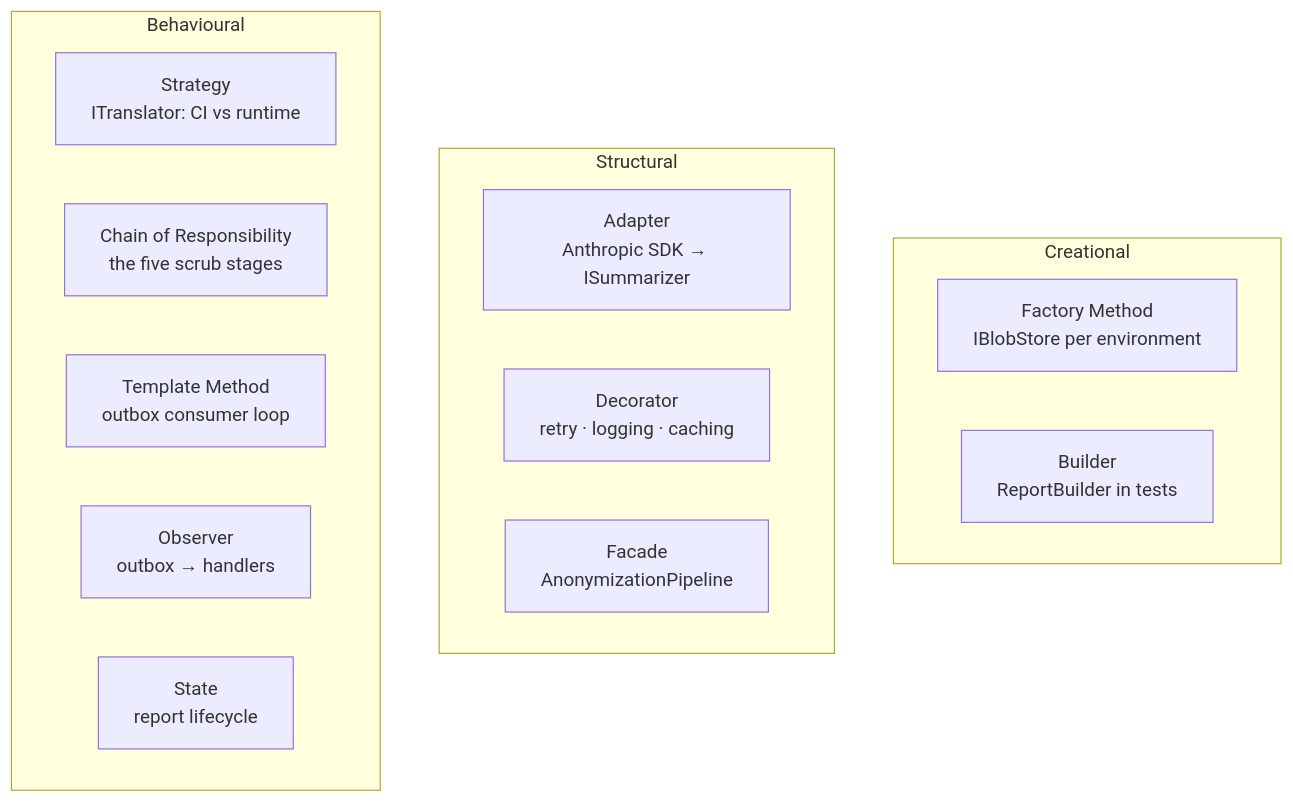
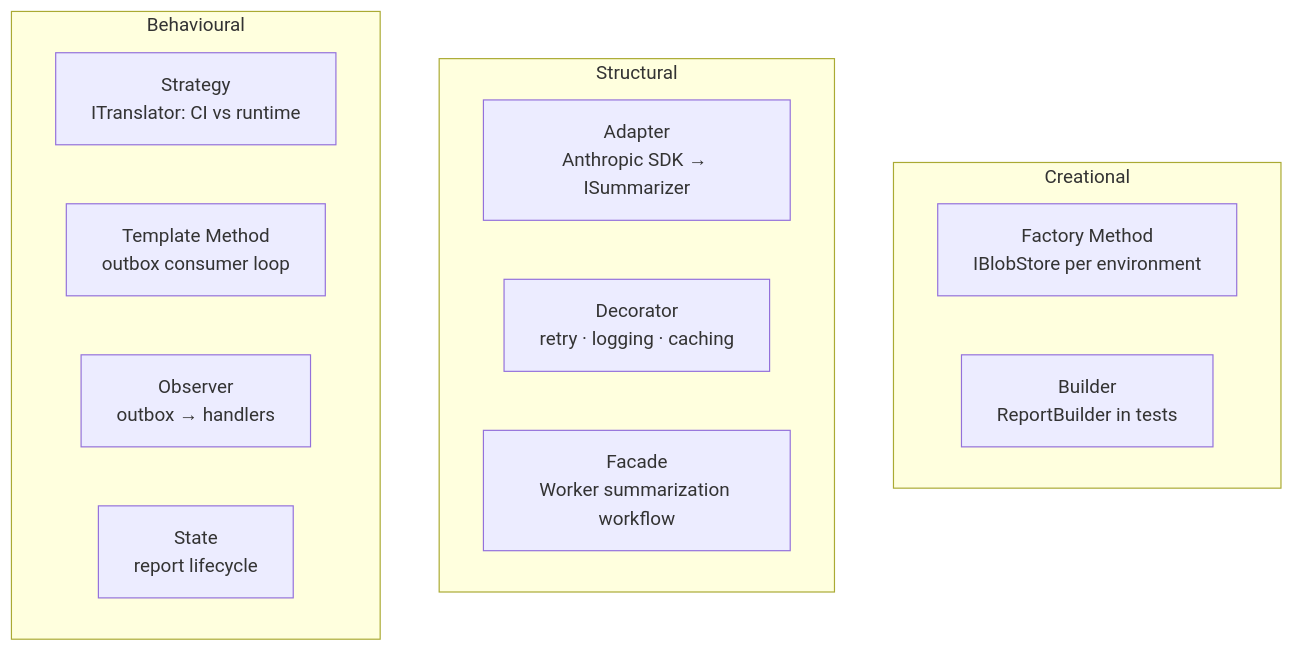
Before and after one commit to HPAC-Safety/safety-report: the diagram in skills/gang-of-four-patterns/SKILL.md, drawn with Mermaid. The commit also changed other lines of this file and 117 other files, not shown here.

````diff
--- a/skills/gang-of-four-patterns/SKILL.md
+++ b/skills/gang-of-four-patterns/SKILL.md
@@ -19,19 +19,18 @@
 ```mermaid
 flowchart TD
     subgraph creational["Creational"]
         f["Factory Method<br/>IBlobStore per environment"]
         b["Builder<br/>ReportBuilder in tests"]
     end
     subgraph structural["Structural"]
         a["Adapter<br/>Anthropic SDK → ISummarizer"]
         d["Decorator<br/>retry · logging · caching"]
-        fa["Facade<br/>AnonymizationPipeline"]
+        fa["Facade<br/>Worker summarization workflow"]
     end
     subgraph behavioural["Behavioural"]
         s["Strategy<br/>ITranslator: CI vs runtime"]
-        c["Chain of Responsibility<br/>the five scrub stages"]
         t["Template Method<br/>outbox consumer loop"]
         o["Observer<br/>outbox → handlers"]
         st["State<br/>report lifecycle"]
     end
 ```
````
